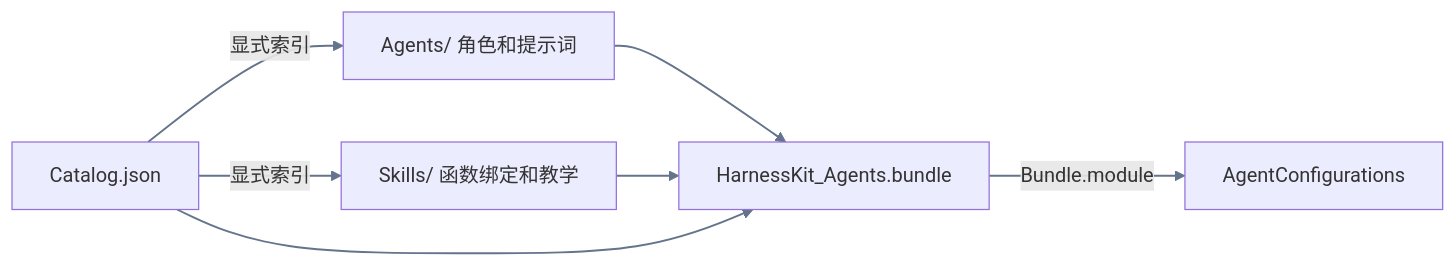
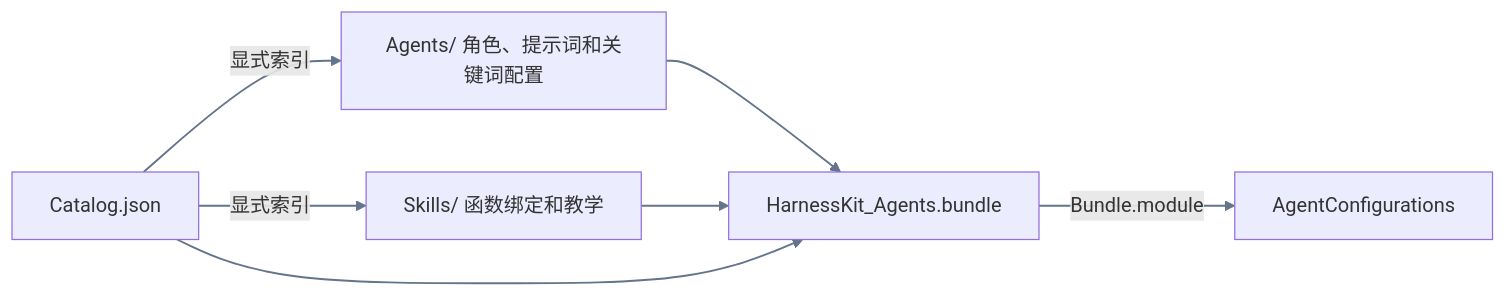
The diagram in MobileHarness/Agents/Resources/README.md (devilyouwei/MobileHarness), drawn with Mermaid before and after one commit. The commit also changed other lines of this file and 79 other files, not shown here.

````diff
--- a/MobileHarness/Agents/Resources/README.md
+++ b/MobileHarness/Agents/Resources/README.md
@@ -11,10 +11,10 @@
 ```mermaid
 flowchart LR
-    Catalog["Catalog.json"] -->|显式索引| Roles["Agents/ 角色和提示词"]
+    Catalog["Catalog.json"] -->|显式索引| Roles["Agents/ 角色、提示词和关键词配置"]
     Catalog -->|显式索引| Skills["Skills/ 函数绑定和教学"]
     Roles --> Bundle["HarnessKit_Agents.bundle"]
     Skills --> Bundle
     Catalog --> Bundle
     Bundle -->|Bundle.module| Loader["AgentConfigurations"]
     linkStyle default stroke:#64748b,stroke-width:1.5px
 ```
````
